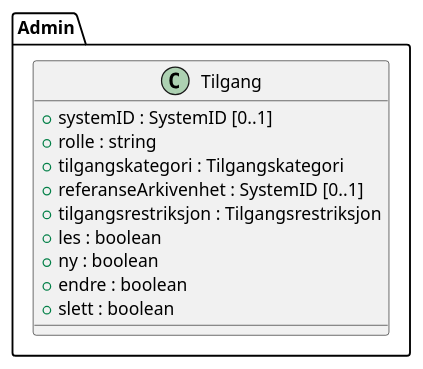
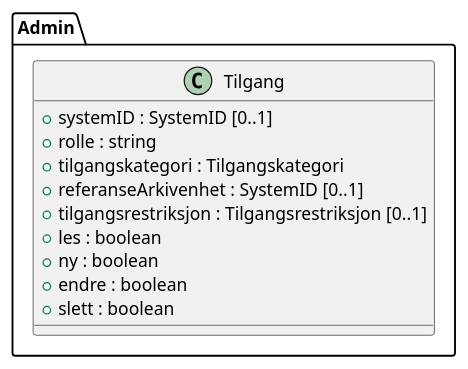
The diagram in media/uml-class-tilgang.iuml (arkivverket/noark5-tjenestegrensesnitt-standard), drawn with PlantUML before and after one commit. The commit also changed 5 other files, not shown here.

First line of the commit message:
Generate PlantUML include files from chapter 7 using text2uml.

```diff
--- a/media/uml-class-tilgang.iuml
+++ b/media/uml-class-tilgang.iuml
@@ -1,13 +1,13 @@
 @startuml
 class Admin.Tilgang {
   +systemID : SystemID [0..1]
   +rolle : string
   +tilgangskategori : Tilgangskategori
   +referanseArkivenhet : SystemID [0..1]
-  +tilgangsrestriksjon : Tilgangsrestriksjon
+  +tilgangsrestriksjon : Tilgangsrestriksjon [0..1]
   +les : boolean
   +ny : boolean
   +endre : boolean
   +slett : boolean
 }
 @enduml
```
